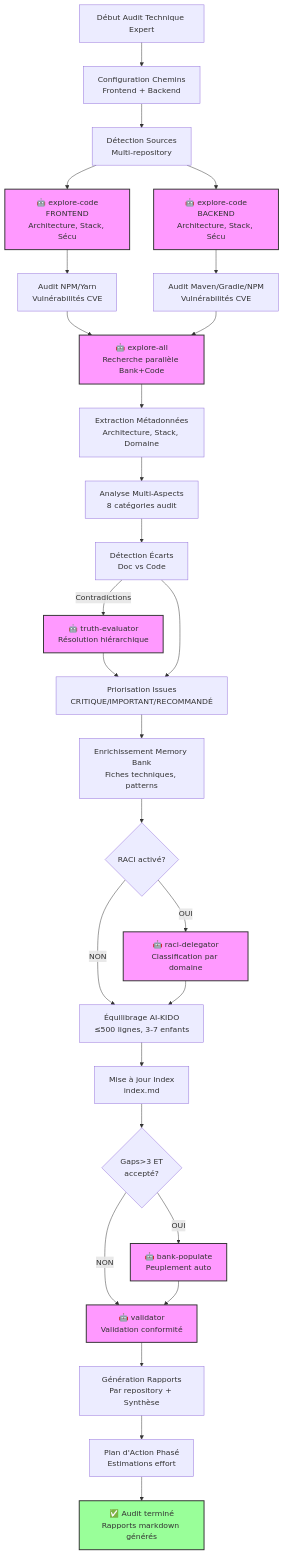
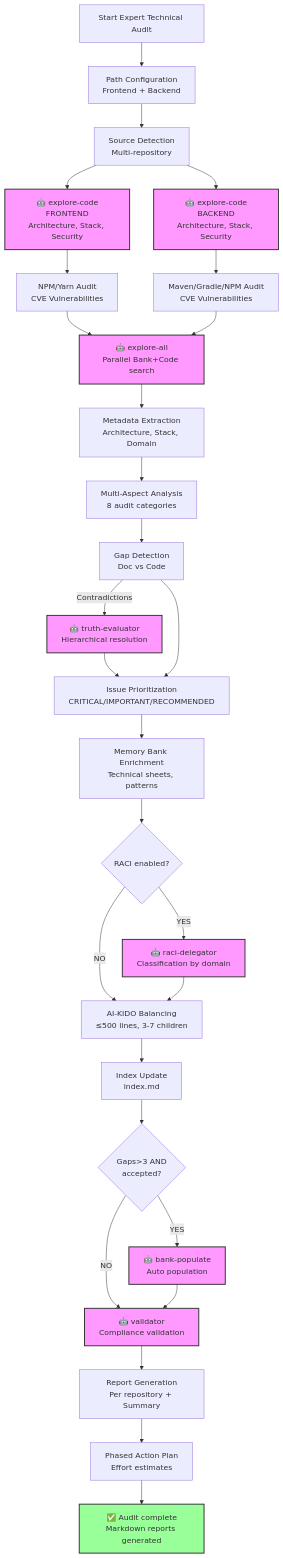
One commit to lcalmejane/aikido changed the diagram in prompts/hard_points/system/analyse/plans/technique/audit-complet/plan-expert.md. Above: the diagram before and after it, drawn with Mermaid. The commit also changed other lines of this file and 81 other files, not shown here.

````diff
--- a/prompts/hard_points/system/analyse/plans/technique/audit-complet/plan-expert.md
+++ b/prompts/hard_points/system/analyse/plans/technique/audit-complet/plan-expert.md
@@ -654,51 +654,51 @@
 ```mermaid
 graph TB
-    START[Début Audit Technique Expert] --> CONFIG[Configuration Chemins<br/>Frontend + Backend]
-    CONFIG --> DETECT[Détection Sources<br/>Multi-repository]
+    START[Start Expert Technical Audit] --> CONFIG[Path Configuration<br/>Frontend + Backend]
+    CONFIG --> DETECT[Source Detection<br/>Multi-repository]
     
-    DETECT --> SCAN_FE[🤖 explore-code<br/>FRONTEND<br/>Architecture, Stack, Sécu]
-    DETECT --> SCAN_BE[🤖 explore-code<br/>BACKEND<br/>Architecture, Stack, Sécu]
+    DETECT --> SCAN_FE[🤖 explore-code<br/>FRONTEND<br/>Architecture, Stack, Security]
+    DETECT --> SCAN_BE[🤖 explore-code<br/>BACKEND<br/>Architecture, Stack, Security]
     
-    SCAN_FE --> AUDIT_FE[Audit NPM/Yarn<br/>Vulnérabilités CVE]
-    SCAN_BE --> AUDIT_BE[Audit Maven/Gradle/NPM<br/>Vulnérabilités CVE]
+    SCAN_FE --> AUDIT_FE[NPM/Yarn Audit<br/>CVE Vulnerabilities]
+    SCAN_BE --> AUDIT_BE[Maven/Gradle/NPM Audit<br/>CVE Vulnerabilities]
     
-    AUDIT_FE --> PARALLEL[🤖 explore-all<br/>Recherche parallèle Bank+Code]
+    AUDIT_FE --> PARALLEL[🤖 explore-all<br/>Parallel Bank+Code search]
     AUDIT_BE --> PARALLEL
     
-    PARALLEL --> EXTRACT[Extraction Métadonnées<br/>Architecture, Stack, Domaine]
-    EXTRACT --> ANALYZE[Analyse Multi-Aspects<br/>8 catégories audit]
+    PARALLEL --> EXTRACT[Metadata Extraction<br/>Architecture, Stack, Domain]
+    EXTRACT --> ANALYZE[Multi-Aspect Analysis<br/>8 audit categories]
     
-    ANALYZE --> GAPS[Détection Écarts<br/>Doc vs Code]
+    ANALYZE --> GAPS[Gap Detection<br/>Doc vs Code]
     
-    GAPS -->|Contradictions| TRUTH[🤖 truth-evaluator<br/>Résolution hiérarchique]
+    GAPS -->|Contradictions| TRUTH[🤖 truth-evaluator<br/>Hierarchical resolution]
     TRUTH --> PRIORITIZE
-    GAPS --> PRIORITIZE[Priorisation Issues<br/>CRITIQUE/IMPORTANT/RECOMMANDÉ]
+    GAPS --> PRIORITIZE[Issue Prioritization<br/>CRITICAL/IMPORTANT/RECOMMENDED]
     
-    PRIORITIZE --> ENRICH[Enrichissement Memory Bank<br/>Fiches techniques, patterns]
+    PRIORITIZE --> ENRICH[Memory Bank Enrichment<br/>Technical sheets, patterns]
     
-    ENRICH --> RACI{RACI activé?}
-    RACI -->|OUI| CLASSIFY[🤖 raci-delegator<br/>Classification par domaine]
-    RACI -->|NON| BALANCE
+    ENRICH --> RACI{RACI enabled?}
+    RACI -->|YES| CLASSIFY[🤖 raci-delegator<br/>Classification by domain]
+    RACI -->|NO| BALANCE
     
-    CLASSIFY --> BALANCE[Équilibrage AI-KIDO<br/>≤500 lignes, 3-7 enfants]
-    BALANCE --> INDEX[Mise à jour Index<br/>index.md]
+    CLASSIFY --> BALANCE[AI-KIDO Balancing<br/>≤500 lines, 3-7 children]
+    BALANCE --> INDEX[Index Update<br/>index.md]
     
-    INDEX --> POPULATE{Gaps>3 ET<br/>accepté?}
-    POPULATE -->|OUI| BANKPOP[🤖 bank-populate<br/>Peuplement auto]
-    POPULATE -->|NON| VALIDATE
+    INDEX --> POPULATE{Gaps>3 AND<br/>accepted?}
+    POPULATE -->|YES| BANKPOP[🤖 bank-populate<br/>Auto population]
+    POPULATE -->|NO| VALIDATE
     
-    BANKPOP --> VALIDATE[🤖 validator<br/>Validation conformité]
-    VALIDATE --> REPORT[Génération Rapports<br/>Par repository + Synthèse]
+    BANKPOP --> VALIDATE[🤖 validator<br/>Compliance validation]
+    VALIDATE --> REPORT[Report Generation<br/>Per repository + Summary]
     
-    REPORT --> PLAN[Plan d'Action Phasé<br/>Estimations effort]
-    PLAN --> END[✅ Audit terminé<br/>Rapports markdown générés]
+    REPORT --> PLAN[Phased Action Plan<br/>Effort estimates]
+    PLAN --> END[✅ Audit complete<br/>Markdown reports generated]
     
     style SCAN_FE fill:#f9f,stroke:#333,stroke-width:2px
     style SCAN_BE fill:#f9f,stroke:#333,stroke-width:2px
     style PARALLEL fill:#f9f,stroke:#333,stroke-width:2px
     style TRUTH fill:#f9f,stroke:#333,stroke-width:2px
     style CLASSIFY fill:#f9f,stroke:#333,stroke-width:2px
     style BANKPOP fill:#f9f,stroke:#333,stroke-width:2px
     style VALIDATE fill:#f9f,stroke:#333,stroke-width:2px
     style END fill:#9f9,stroke:#333,stroke-width:2px
 ```
````
